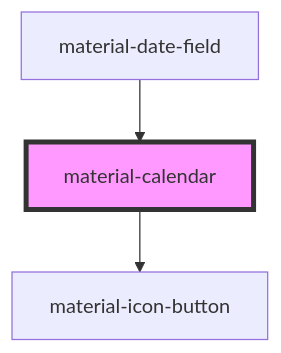
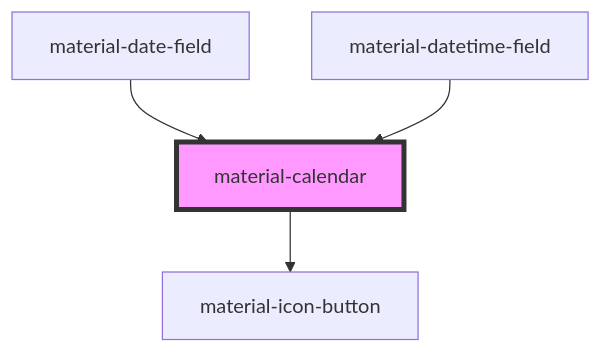
The diagram in src/components/material-calendar/readme.md (RobustaRush/material), drawn with Mermaid before and after one commit. The commit also changed other lines of this file and 12 other files, not shown here.

First line of the commit message:
feat: material-datetime-field

````diff
--- a/src/components/material-calendar/readme.md
+++ b/src/components/material-calendar/readme.md
@@ -49,6 +50,7 @@
 ```mermaid
 graph TD;
   material-calendar --> material-icon-button
   material-date-field --> material-calendar
+  material-datetime-field --> material-calendar
   style material-calendar fill:#f9f,stroke:#333,stroke-width:4px
 ```
````
